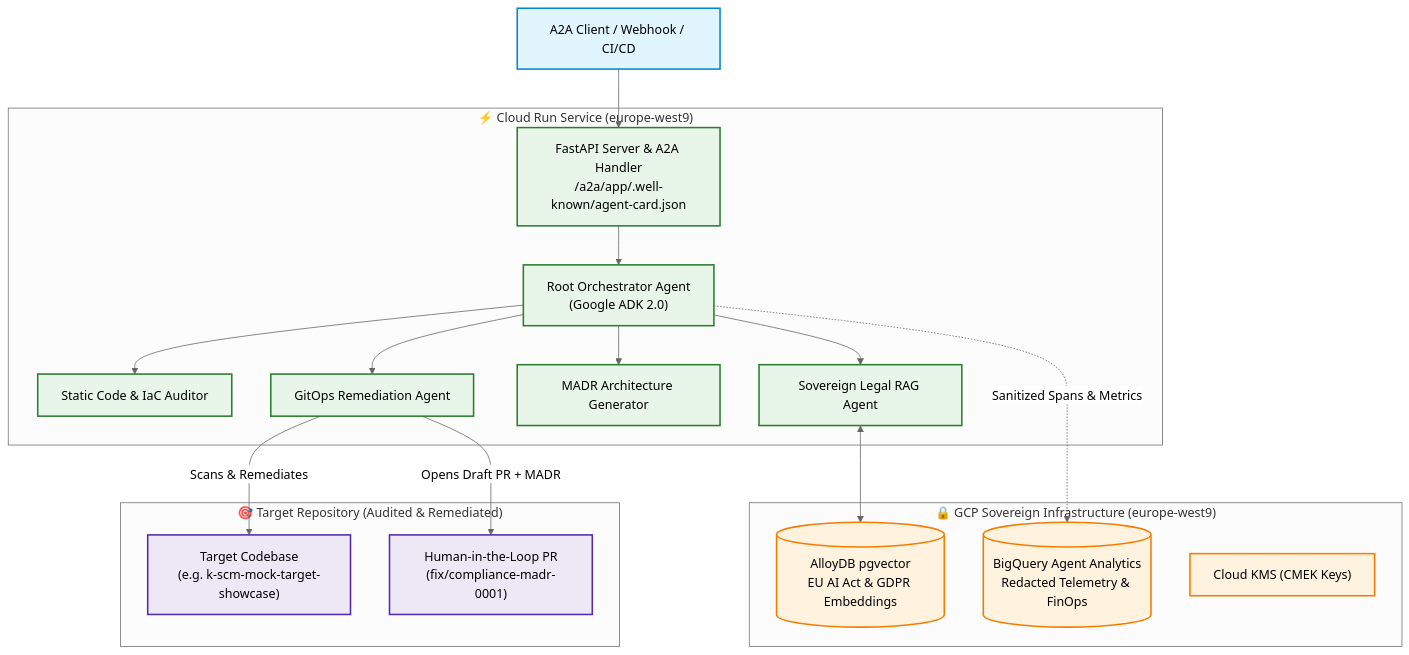
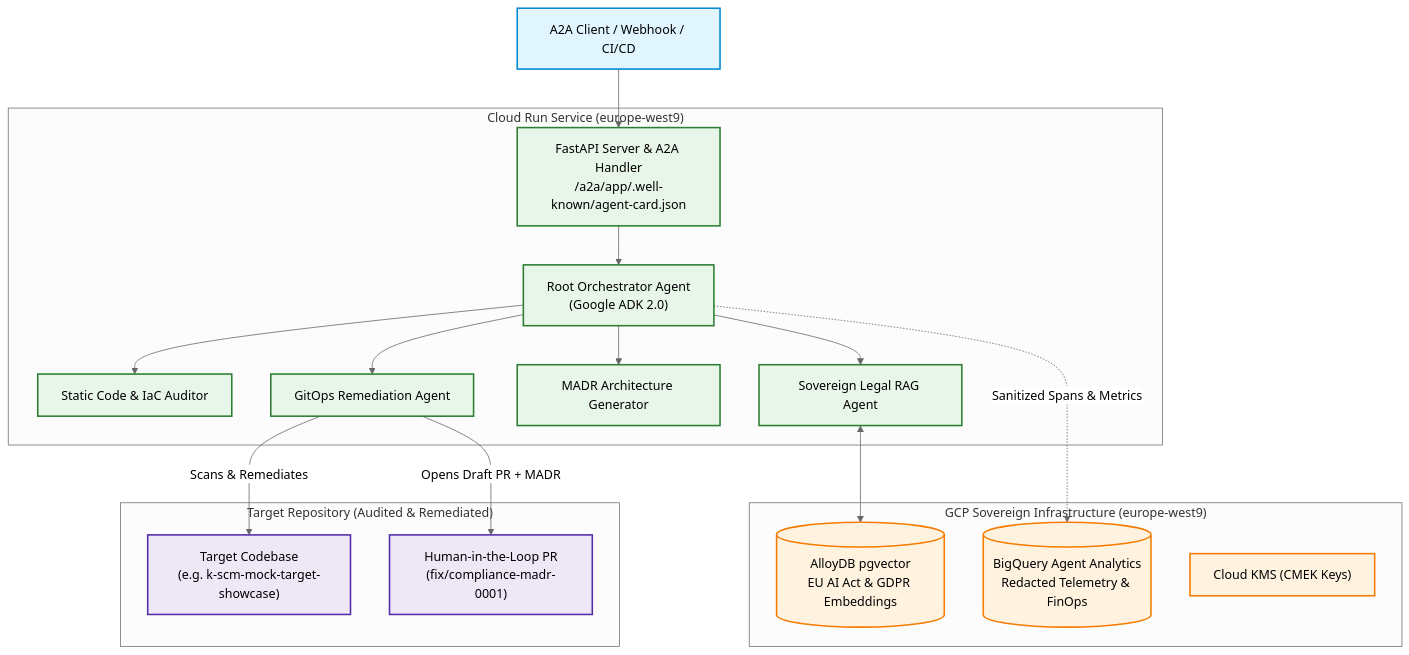
Before and after one commit to kerdjou-tigroudja/k-scm-showcase: the diagram in README.md, drawn with Mermaid (neutral theme). The commit also changed other lines of this file, not shown here.

Commit message:
docs(readme): eradicate emojis, qualify SecNumCloud alignment and clarify test metrics

````diff
--- a/README.md
+++ b/README.md
@@ -30,42 +30,42 @@
 ```mermaid
 graph TD
     classDef client fill:#E1F5FE,stroke:#0288D1,stroke-width:2px,color:#000;
     classDef agent fill:#E8F5E9,stroke:#2E7D32,stroke-width:2px,color:#000;
     classDef gcp fill:#FFF3E0,stroke:#F57C00,stroke-width:2px,color:#000;
     classDef target fill:#EDE7F6,stroke:#512DA8,stroke-width:2px,color:#000;
 
     Client["A2A Client / Webhook / CI/CD"]:::client
 
-    subgraph CloudRun ["⚡ Cloud Run Service (europe-west9)"]
+    subgraph CloudRun ["Cloud Run Service (europe-west9)"]
         FastAPIApp["FastAPI Server & A2A Handler<br>/a2a/app/.well-known/agent-card.json"]:::agent
         Orchestrator["Root Orchestrator Agent<br>(Google ADK 2.0)"]:::agent
         
         Auditor["Static Code & IaC Auditor"]:::agent
         RAGAgent["Sovereign Legal RAG Agent"]:::agent
         ADRAgent["MADR Architecture Generator"]:::agent
         GitOpsAgent["GitOps Remediation Agent"]:::agent
         
         Orchestrator --> Auditor
         Orchestrator --> RAGAgent
         Orchestrator --> ADRAgent
         Orchestrator --> GitOpsAgent
     end
 
-    subgraph SovereignStorage ["🔒 GCP Sovereign Infrastructure (europe-west9)"]
+    subgraph SovereignStorage ["GCP Sovereign Infrastructure (europe-west9)"]
         AlloyDB[("AlloyDB pgvector<br>EU AI Act & GDPR Embeddings")]:::gcp
         BigQuery[("BigQuery Agent Analytics<br>Redacted Telemetry & FinOps")]:::gcp
         KMS["Cloud KMS (CMEK Keys)"]:::gcp
     end
 
-    subgraph SandboxTarget ["🎯 Target Repository (Audited & Remediated)"]
+    subgraph SandboxTarget ["Target Repository (Audited & Remediated)"]
         MockRepo["Target Codebase<br>(e.g. k-scm-mock-target-showcase)"]:::target
         PullRequest["Human-in-the-Loop PR<br>(fix/compliance-madr-0001)"]:::target
     end
 
     Client --> FastAPIApp
     FastAPIApp --> Orchestrator
     RAGAgent <--> AlloyDB
     GitOpsAgent -->|Scans & Remediates| MockRepo
     GitOpsAgent -->|Opens Draft PR + MADR| PullRequest
     Orchestrator -.->|Sanitized Spans & Metrics| BigQuery
 ```
````
